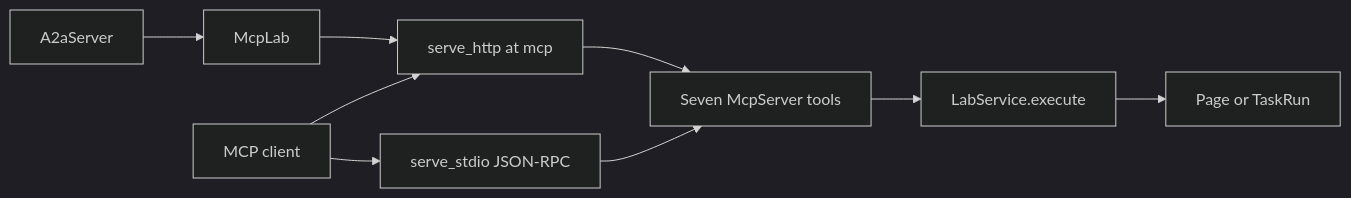
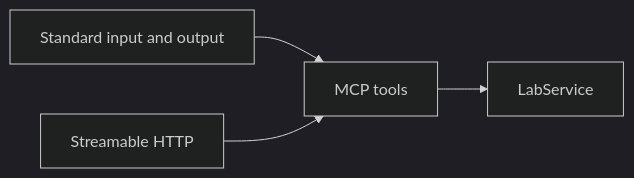
Before and after one commit to A3Analytics/a2a-lab-dev-kit-rs: the diagram in backlog/docs/reference/mcp/doc-5 - MCP.md, drawn with Mermaid (dark theme). The commit also changed other lines of this file and 20 other files, not shown here.

````diff
--- a/backlog/docs/reference/mcp/doc-5 - MCP.md
+++ b/backlog/docs/reference/mcp/doc-5 - MCP.md
@@ -17,11 +43,8 @@
 ```mermaid
 flowchart LR
-  a2a["A2aServer"] --> mcpLab["McpLab"]
-  mcpLab --> http["serve_http at mcp"]
-  client["MCP client"] --> stdio["serve_stdio JSON-RPC"]
-  client --> http
-  stdio --> tools["Seven McpServer tools"]
-  http --> tools
-  tools --> lab["LabService.execute"]
-  lab --> body["Page or TaskRun"]
+  accTitle: MCP transports and the lab service
+  accDescr: Standard input and output reach the MCP tools. Streamable HTTP reaches the same tools. The tools call LabService.
+  stdio["Standard input and output"] --> tools["MCP tools"]
+  http["Streamable HTTP"] --> tools
+  tools --> service["LabService"]
 ```
````
